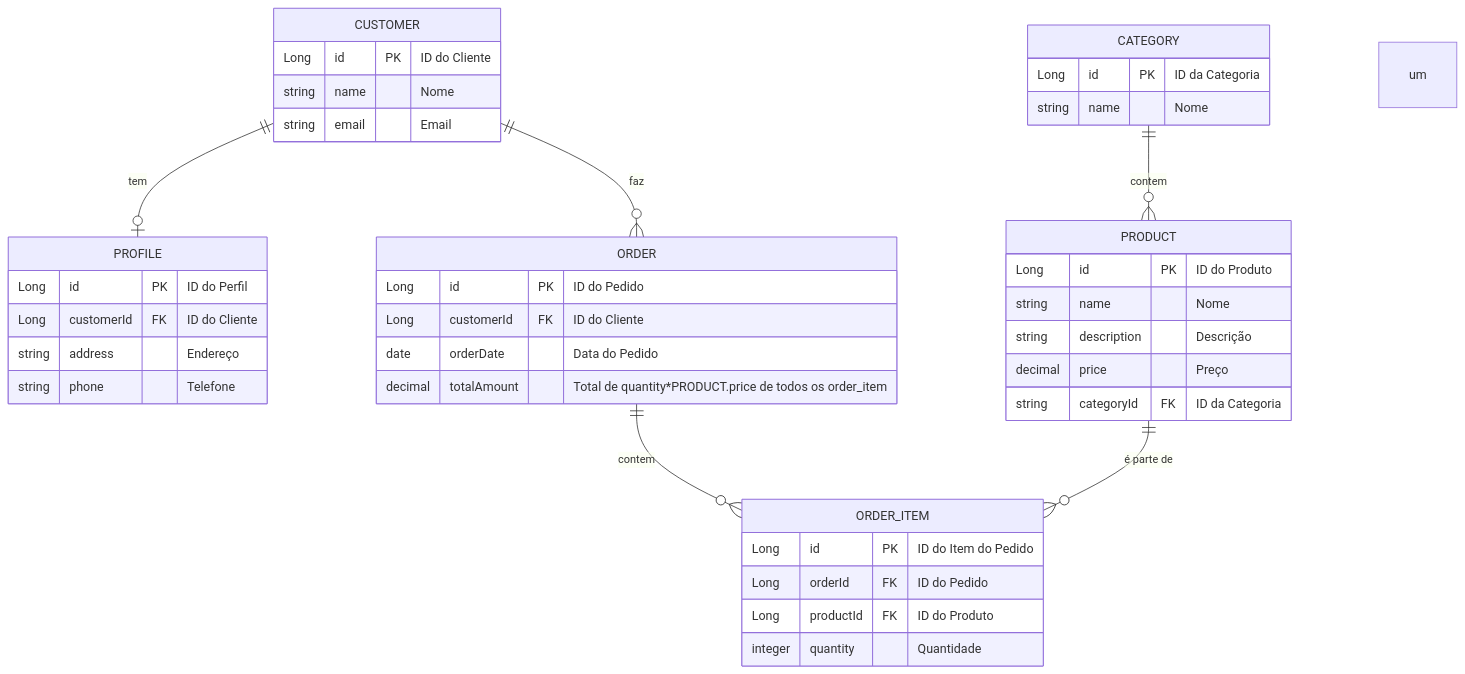
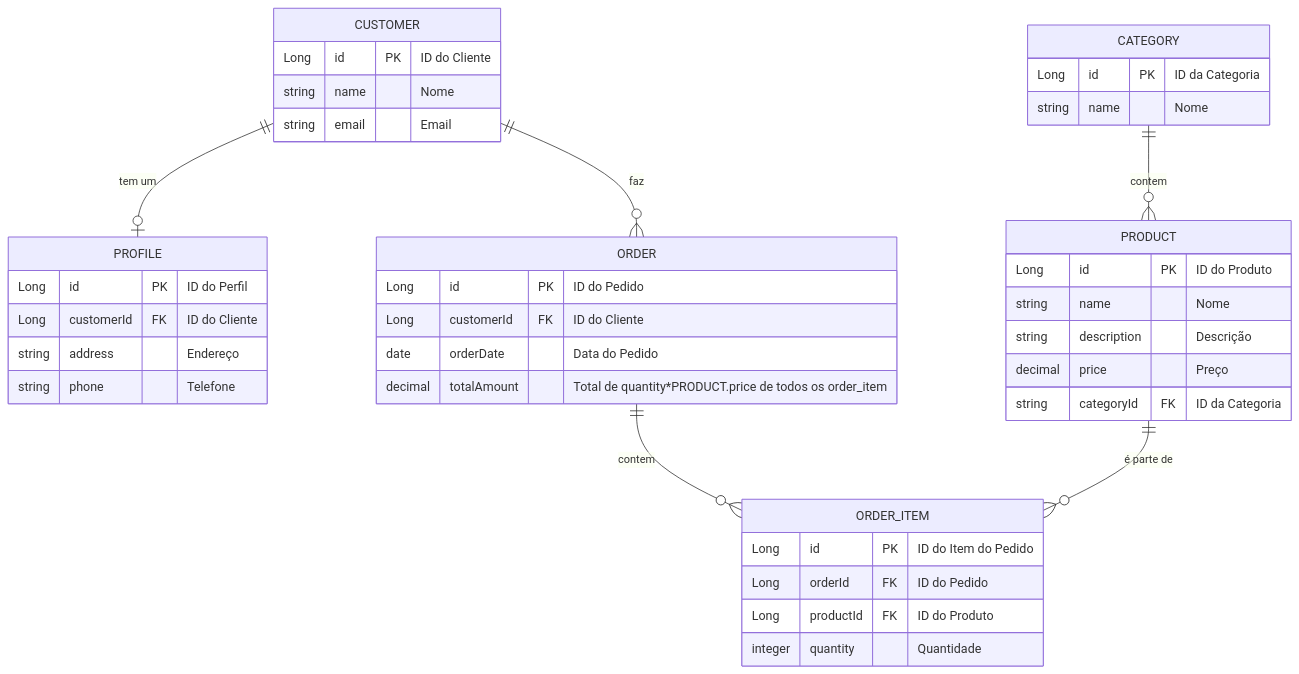
Before and after one commit to GeovanaMat/API-REST-E-Commerce: the diagram in README.md, drawn with Mermaid.

````diff
--- a/README.md
+++ b/README.md
@@ -15,43 +15,43 @@
 ```mermaid
 erDiagram
     CUSTOMER {
         Long id PK "ID do Cliente"
         string name "Nome"
         string email "Email"
     }
     PROFILE {
         Long id PK "ID do Perfil"
         Long customerId FK "ID do Cliente"
         string address "Endereço"
         string phone "Telefone"
     }
     CATEGORY {
         Long id PK "ID da Categoria"
         string name "Nome"
     }
     PRODUCT {
         Long id PK "ID do Produto"
         string name "Nome"
         string description "Descrição"
         decimal price "Preço"
         string categoryId FK "ID da Categoria"
     }
     ORDER {
         Long id PK "ID do Pedido"
         Long customerId FK "ID do Cliente"
         date orderDate "Data do Pedido"
         decimal totalAmount "Total de quantity*PRODUCT.price de todos os order_item"
     }
     ORDER_ITEM {
         Long id PK "ID do Item do Pedido"
         Long orderId FK "ID do Pedido"
         Long productId FK "ID do Produto"
         integer quantity "Quantidade"
     }
 
-    CUSTOMER ||--o| PROFILE : tem um
+    CUSTOMER ||--o| PROFILE : "tem um"
     CATEGORY ||--o{ PRODUCT : contem
     PRODUCT ||--o{ ORDER_ITEM : "é parte de"
     ORDER ||--o{ ORDER_ITEM : "contem"
     CUSTOMER ||--o{ ORDER : faz
 ```
````
